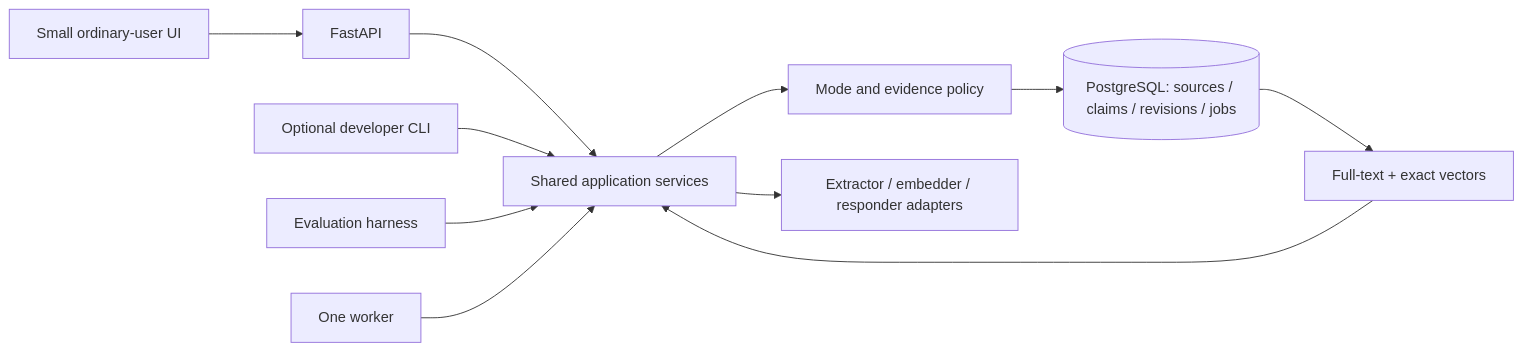
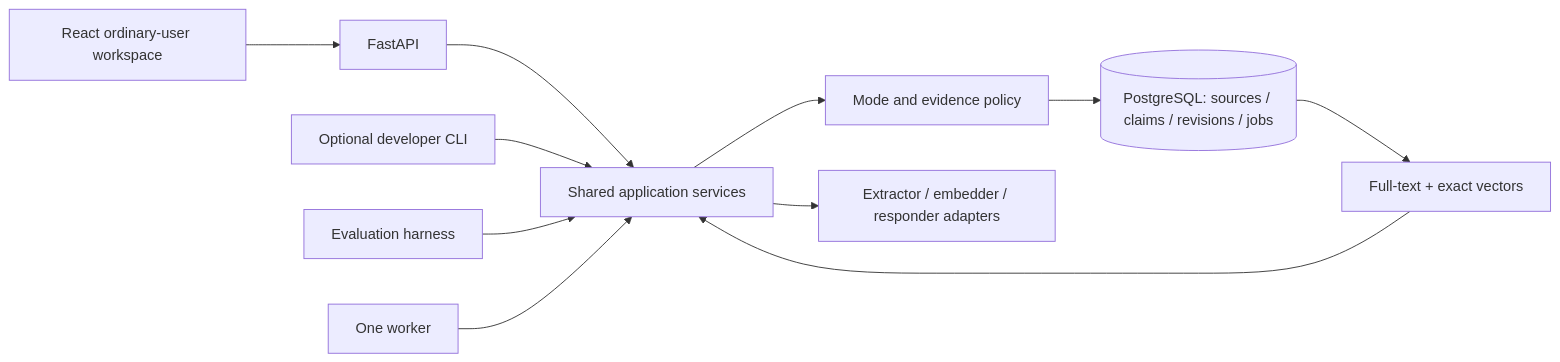
The diagram in ARCHITECTURE.md (harshith0518/LocalSemanticMemory), drawn with Mermaid before and after one commit. The commit also changed other lines of this file and 50 other files, not shown here.

Commit message:
Build React workspace with typed notes and reviewed memory controls

````diff
--- a/ARCHITECTURE.md
+++ b/ARCHITECTURE.md
@@ -22,13 +22,13 @@
 ```mermaid
 flowchart LR
-  UI[Small ordinary-user UI] --> API[FastAPI]
+  UI[React ordinary-user workspace] --> API[FastAPI]
   API --> S[Shared application services]
   CLI[Optional developer CLI] --> S
   EVAL[Evaluation harness] --> S
   WORKER[One worker] --> S
   S --> POLICY[Mode and evidence policy]
   POLICY --> DB[(PostgreSQL: sources / claims / revisions / jobs)]
   S --> MODELS[Extractor / embedder / responder adapters]
   DB --> SEARCH[Full-text + exact vectors]
   SEARCH --> S
 ```
````
